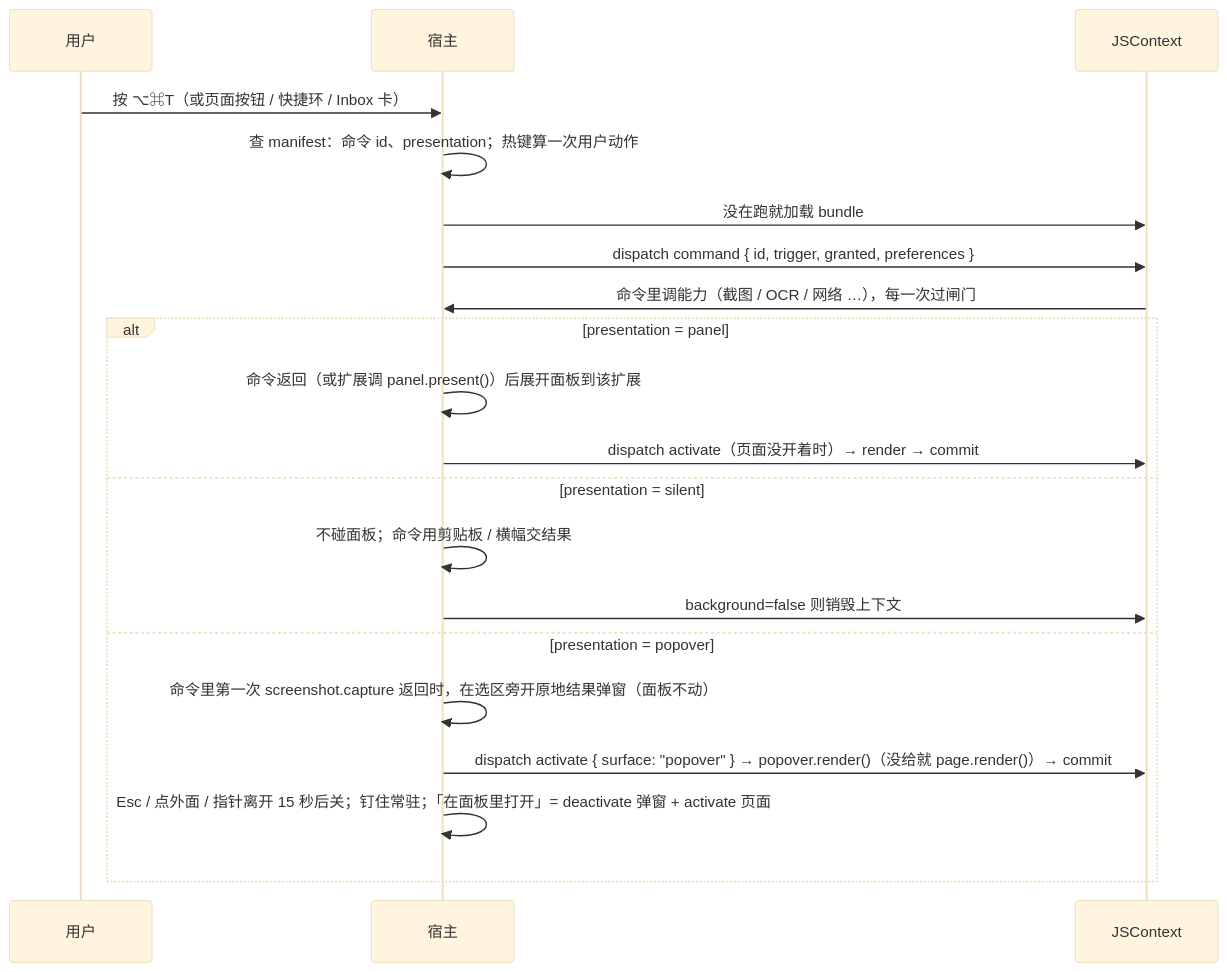
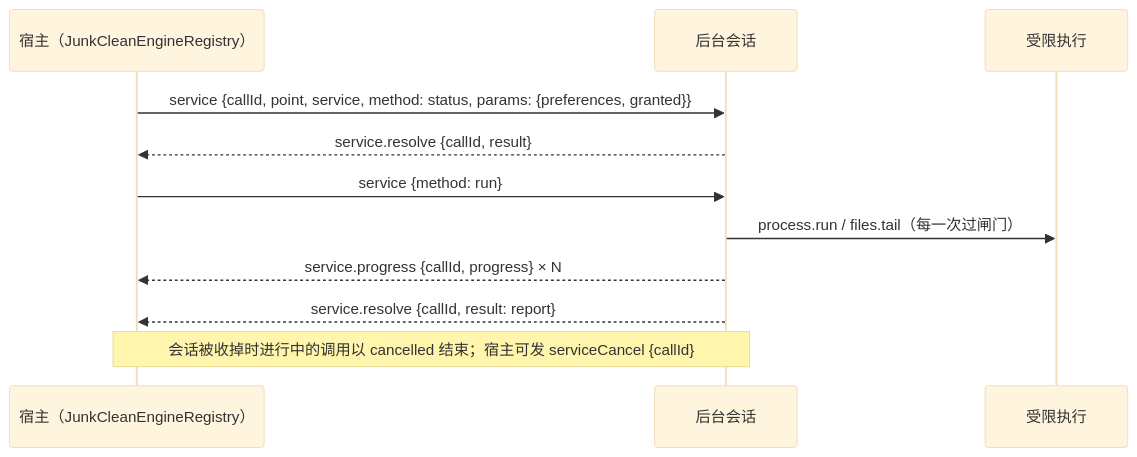
One commit to fusionseek/jarvis-extensions changed the third of 4 diagrams in docs/02-architecture.md. Above: the diagram before and after it, drawn with Mermaid (base theme). The commit also changed other lines of this file and 87 other files, not shown here.

First line of the commit message:
feat(schema): move extensions to manifest v2 domains and SDK 2

````diff
--- a/docs/02-architecture.md
+++ b/docs/02-architecture.md
@@ -201,22 +195,13 @@
 ```mermaid
 sequenceDiagram
-    participant U as 用户
-    participant H as 宿主
-    participant R as JSContext
-    U->>H: 按 ⌥⌘T（或页面按钮 / 快捷环 / Inbox 卡）
-    H->>H: 查 manifest：命令 id、presentation；热键算一次用户动作
-    H->>R: 没在跑就加载 bundle
-    H->>R: dispatch command { id, trigger, granted, preferences }
-    R->>H: 命令里调能力（截图 / OCR / 网络 …），每一次过闸门
-    alt presentation = panel
-        H->>H: 命令返回（或扩展调 panel.present()）后展开面板到该扩展
-        H->>R: dispatch activate（页面没开着时）→ render → commit
-    else presentation = silent
-        H->>H: 不碰面板；命令用剪贴板 / 横幅交结果
-        H->>R: background=false 则销毁上下文
-    else presentation = popover
-        H->>H: 命令里第一次 screenshot.capture 返回时，在选区旁开原地结果弹窗（面板不动）
-        H->>R: dispatch activate { surface: "popover" } → popover.render()（没给就 page.render()）→ commit
-        H->>H: Esc / 点外面 / 指针离开 15 秒后关；钉住常驻；「在面板里打开」= deactivate 弹窗 + activate 页面
-    end
+    participant H as 宿主（JunkCleanEngineRegistry）
+    participant B as 后台会话
+    participant P as 受限执行
+    H->>B: service {callId, point, service, method: status, params: {preferences, granted}}
+    B-->>H: service.resolve {callId, result}
+    H->>B: service {method: run}
+    B->>P: process.run / files.tail（每一次过闸门）
+    B-->>H: service.progress {callId, progress} × N
+    B-->>H: service.resolve {callId, result: report}
+    Note over H,B: 会话被收掉时进行中的调用以 cancelled 结束；宿主可发 serviceCancel {callId}
 ```
````
